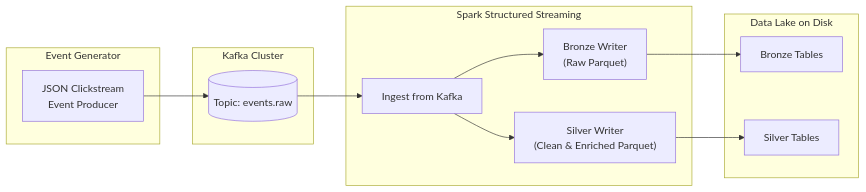
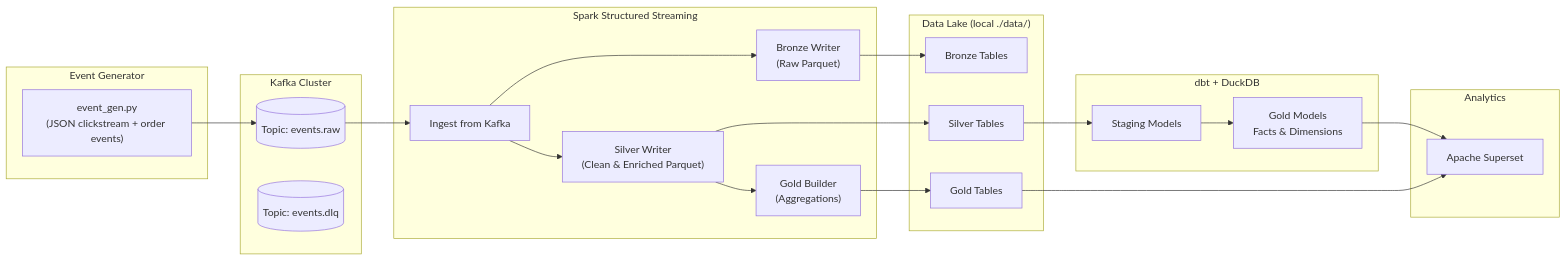
Before and after one commit to rahulkujur11/e-commerce-clickstream-orders: the diagram in README.md, drawn with Mermaid. The commit also changed other lines of this file and 62783 other files, not shown here.

````diff
--- a/README.md
+++ b/README.md
@@ -15,28 +11,42 @@
 ```mermaid
 flowchart LR
   subgraph Generator["Event Generator"]
-    E1["JSON Clickstream\nEvent Producer"]
+    E1["event_gen.py\n(JSON clickstream + order events)"]
   end
 
   subgraph Kafka["Kafka Cluster"]
     T1[("Topic: events.raw")]
+    DLQ[("Topic: events.dlq")]
   end
 
   subgraph Spark["Spark Structured Streaming"]
     S1["Ingest from Kafka"]
     S2["Bronze Writer\n(Raw Parquet)"]
     S3["Silver Writer\n(Clean & Enriched Parquet)"]
+    S4["Gold Builder\n(Aggregations)"]
   end
 
-  subgraph Storage["Data Lake on Disk"]
+  subgraph Storage["Data Lake (local ./data/)"]
     B["Bronze Tables"]
     Si["Silver Tables"]
+    Go["Gold Tables"]
+  end
+
+  subgraph dbt["dbt + DuckDB"]
+    D1["Staging Models"]
+    D2["Gold Models\nFacts & Dimensions"]
+  end
+
+  subgraph BI["Analytics"]
+    Sup["Apache Superset"]
   end
 
   E1 --> T1
   T1 --> S1
-  S1 --> S2
-  S1 --> S3
+  S1 --> S2 & S3
   S2 --> B
   S3 --> Si
+  S3 --> S4 --> Go
+  Si --> D1 --> D2 --> Sup
+  Go --> Sup
 ```
````
